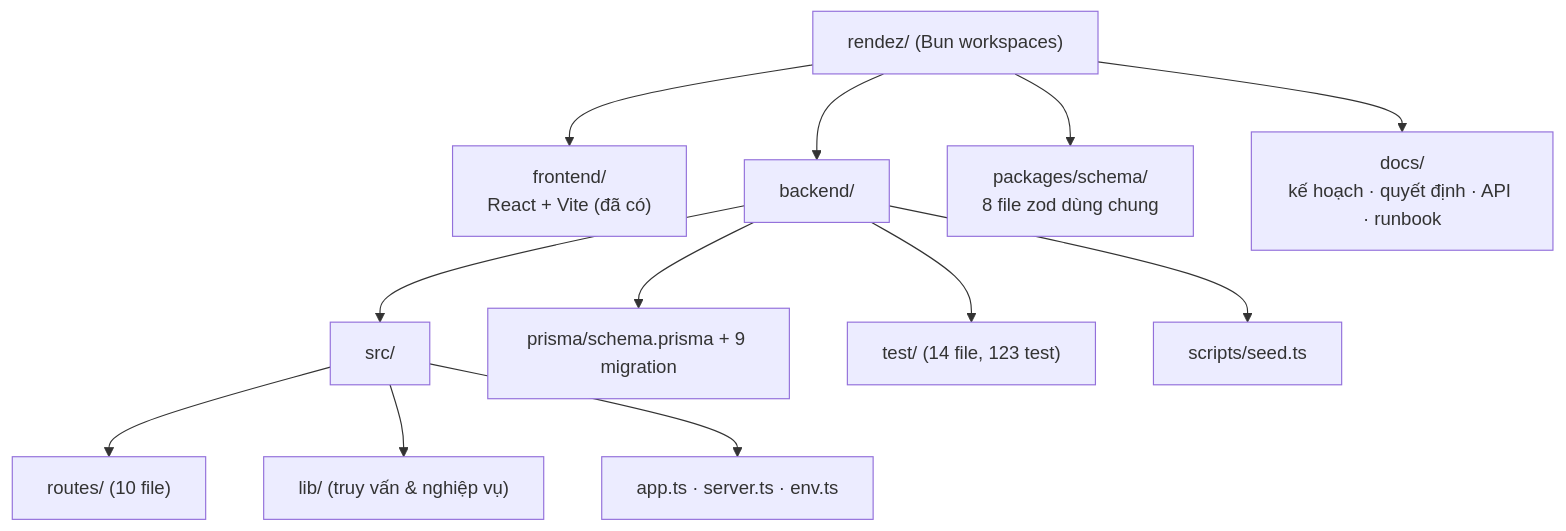
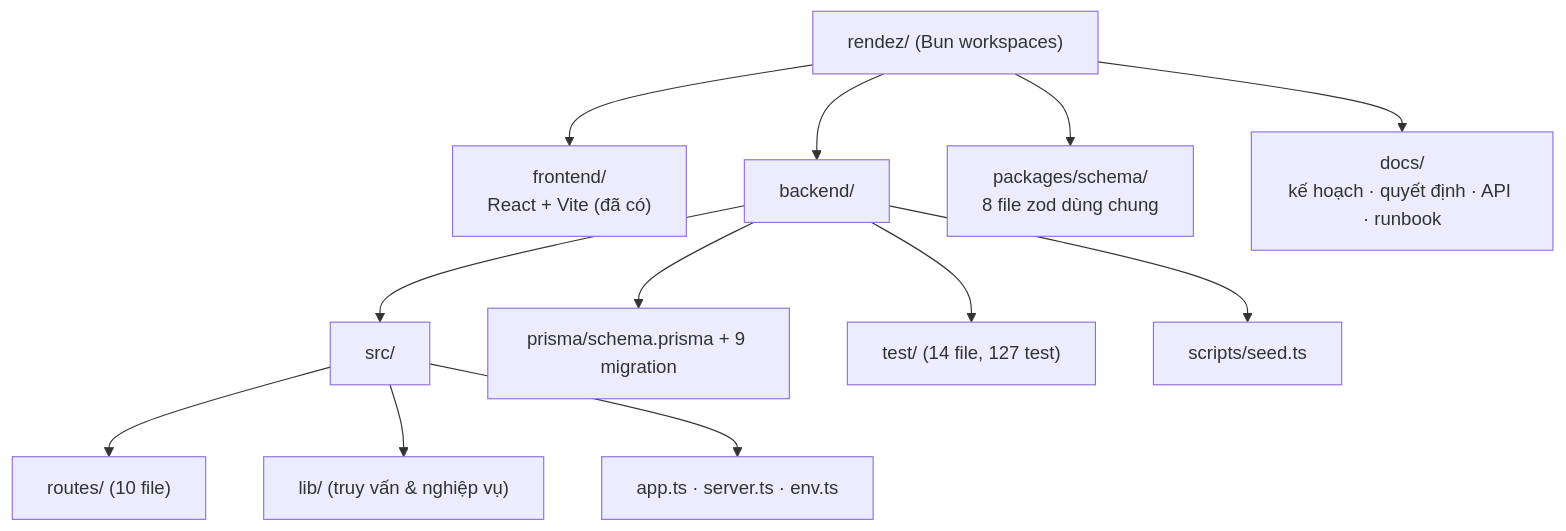
The sixth of 14 diagrams in docs/bao-cao/BAO-CAO-DO-AN.md (longqt321/Rendez-PBL6), drawn with Mermaid before and after one commit. The commit also changed other lines of this file and 4 other files, not shown here.

````diff
--- a/docs/bao-cao/BAO-CAO-DO-AN.md
+++ b/docs/bao-cao/BAO-CAO-DO-AN.md
@@ -439,15 +439,15 @@
 ```mermaid
 flowchart TB
   Root["rendez/ (Bun workspaces)"]
   Root --> FE["frontend/<br/>React + Vite (đã có)"]
   Root --> BE["backend/"]
   Root --> PKG["packages/schema/<br/>8 file zod dùng chung"]
   Root --> DOC["docs/<br/>kế hoạch · quyết định · API · runbook"]
   BE --> SRC["src/"]
   SRC --> R["routes/ (10 file)"]
   SRC --> L["lib/ (truy vấn & nghiệp vụ)"]
   SRC --> I["app.ts · server.ts · env.ts"]
   BE --> PR["prisma/schema.prisma + 9 migration"]
-  BE --> T["test/ (14 file, 123 test)"]
+  BE --> T["test/ (14 file, 127 test)"]
   BE --> SC["scripts/seed.ts"]
 ```
````
